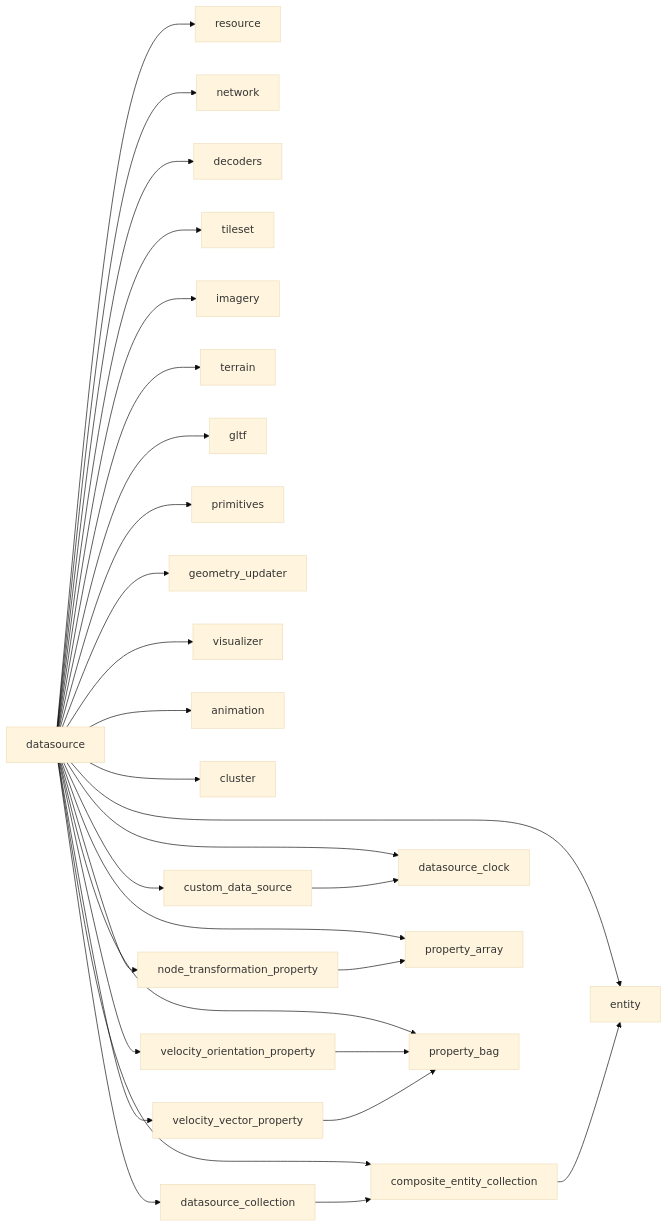
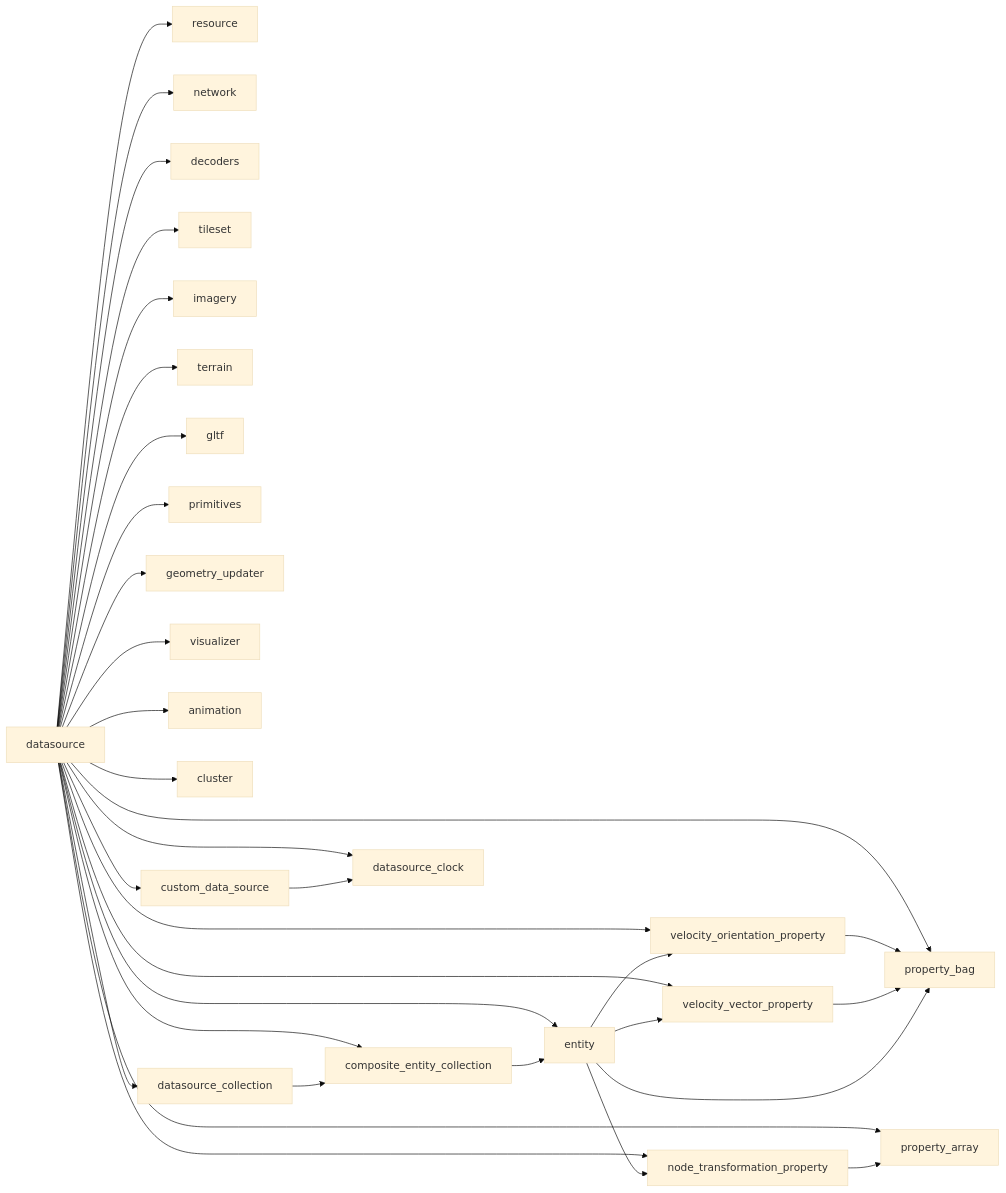
The sixth of 6 diagrams in .qoder/repowiki/zh/content/项目概述/核心特性/地理空间数据处理/数据源框架.md (rzhangjing/cesium), drawn with Mermaid (base theme) before and after one commit. The commit also changed other lines of this file and 90 other files, not shown here.

````diff
--- a/.qoder/repowiki/zh/content/项目概述/核心特性/地理空间数据处理/数据源框架.md
+++ b/.qoder/repowiki/zh/content/项目概述/核心特性/地理空间数据处理/数据源框架.md
@@ -568,31 +566,35 @@
 ```mermaid
 graph LR
 DS["datasource"] --> RS["resource"]
 DS --> NET["network"]
 DS --> DEC["decoders"]
 DS --> TS["tileset"]
 DS --> IM["imagery"]
 DS --> TR["terrain"]
 DS --> GL["gltf"]
 DS --> EN["entity"]
 DS --> PR["primitives"]
 DS --> GU["geometry_updater"]
 DS --> VS["visualizer"]
 DS --> AN["animation"]
 DS --> CL["cluster"]
 DS --> CEC["composite_entity_collection"]
 DS --> CDS["custom_data_source"]
 DS --> DC["datasource_clock"]
 DS --> DSC["datasource_collection"]
 DS --> NTP["node_transformation_property"]
 DS --> PA["property_array"]
 DS --> PB["property_bag"]
 DS --> VOP["velocity_orientation_property"]
 DS --> VVP["velocity_vector_property"]
 CEC --> EN
 CDS --> DC
 DSC --> CEC
 NTP --> PA
 VOP --> PB
 VVP --> PB
+EN --> PB
+EN --> NTP
+EN --> VOP
+EN --> VVP
 ```
````
